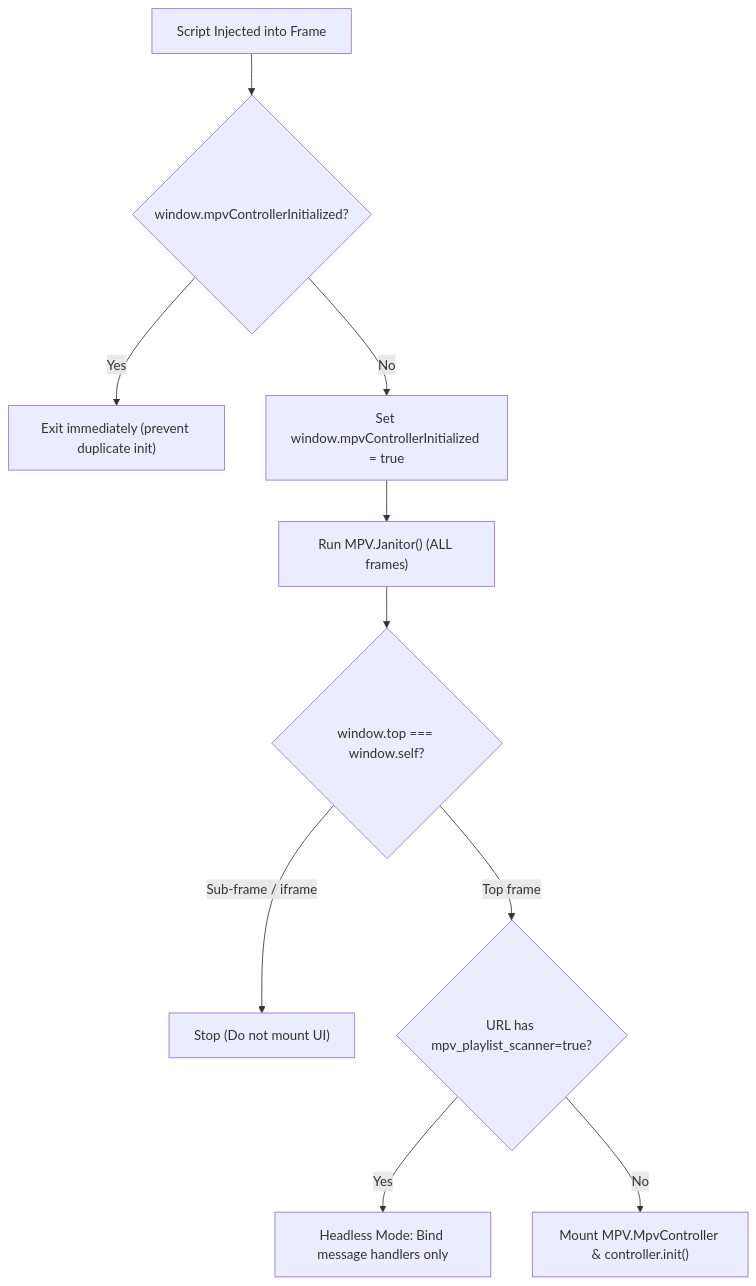
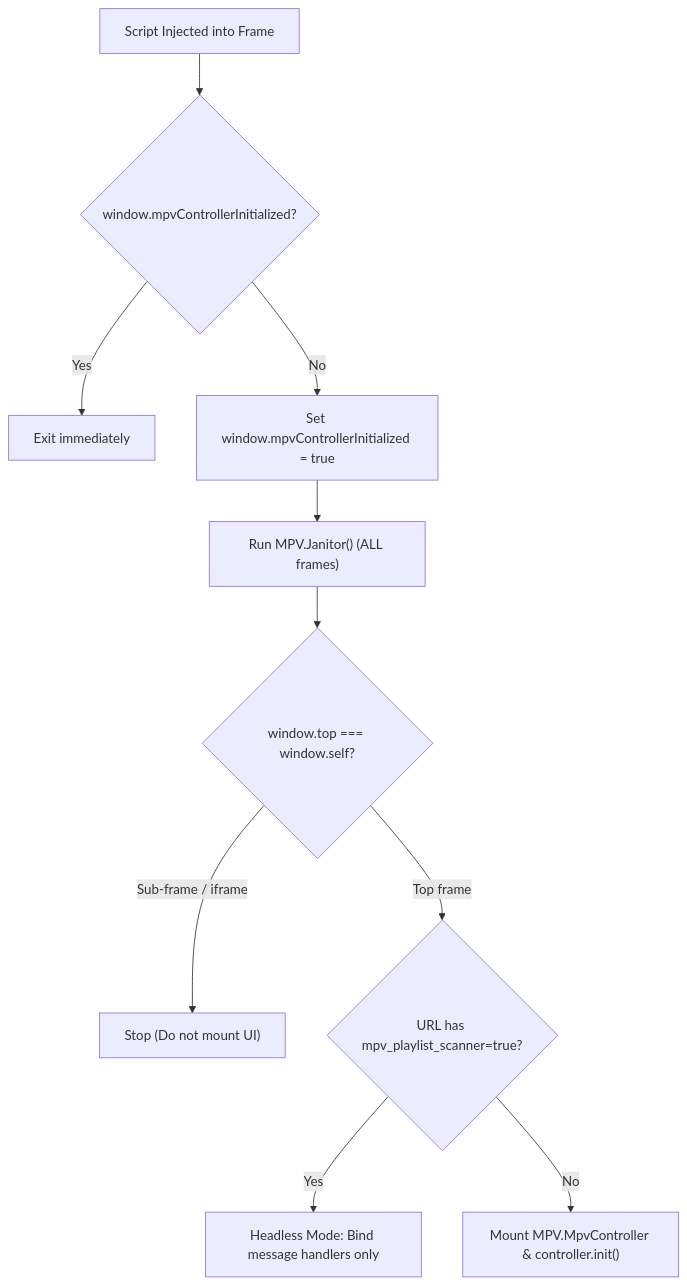
One commit to Mummykiller/mpv-playlist-organizer changed the diagram in .gemini/skills/content-script-lifecycle-and-resilience/SKILL.md. Above: the diagram before and after it, drawn with Mermaid. The commit also changed other lines of this file and 28 other files, not shown here.

Commit message:
docs(skills): refactor skill architecture and enforce durable symbol references

````diff
--- a/.gemini/skills/content-script-lifecycle-and-resilience/SKILL.md
+++ b/.gemini/skills/content-script-lifecycle-and-resilience/SKILL.md
@@ -21,12 +24,12 @@
 ```mermaid
 flowchart TD
     Inject["Script Injected into Frame"] --> InitCheck{"window.mpvControllerInitialized?"}
-    InitCheck -- Yes --> Abort["Exit immediately (prevent duplicate init)"]
+    InitCheck -- Yes --> Abort["Exit immediately"]
     InitCheck -- No --> MarkInit["Set window.mpvControllerInitialized = true"]
     MarkInit --> JanitorCheck["Run MPV.Janitor() (ALL frames)"]
     JanitorCheck --> TopFrameCheck{"window.top === window.self?"}
     TopFrameCheck -- Sub-frame / iframe --> FrameEnd["Stop (Do not mount UI)"]
     TopFrameCheck -- Top frame --> ScannerCheck{"URL has mpv_playlist_scanner=true?"}
     ScannerCheck -- Yes --> HeadlessInit["Headless Mode: Bind message handlers only"]
     ScannerCheck -- No --> FullInit["Mount MPV.MpvController & controller.init()"]
 ```
````
